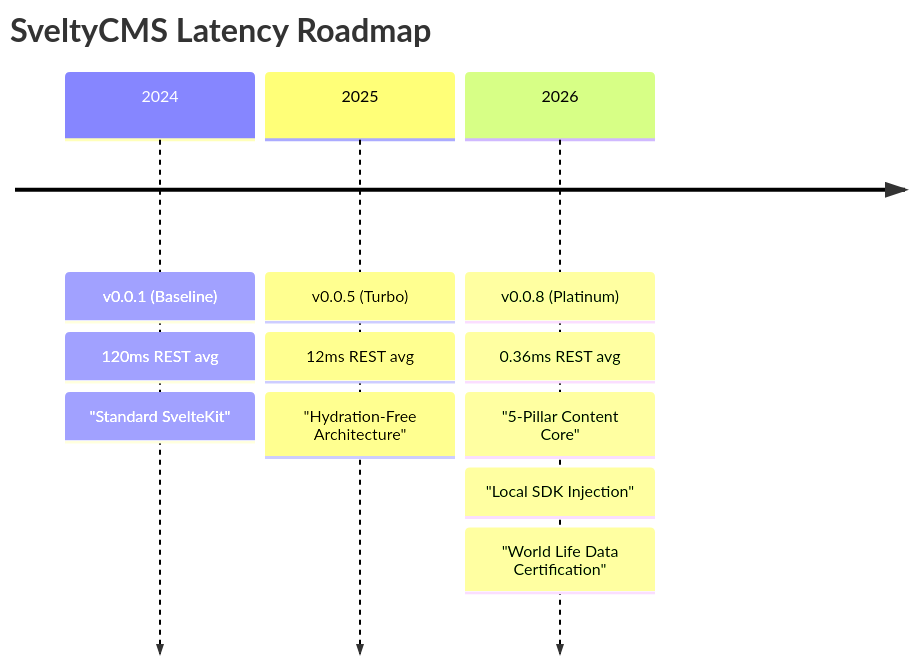
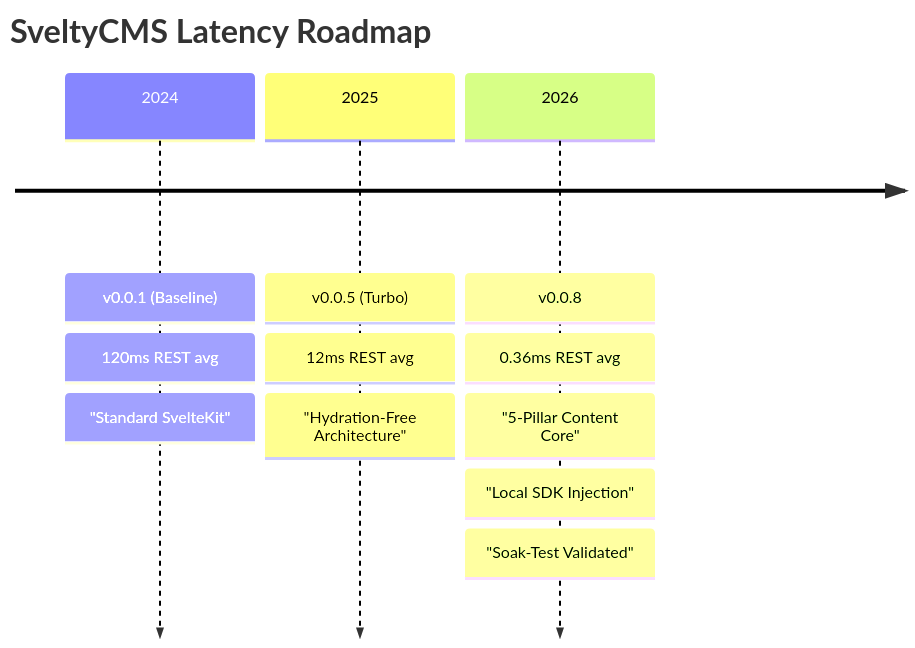
The diagram in docs/project/competitive-comparison.mdx (SveltyCMS/SveltyCMS), drawn with Mermaid before and after one commit. The commit also changed other lines of this file, not shown here.

First line of the commit message:
docs: replace "World Life Data Certified" with "Soak-Test Validated"

````diff
--- a/docs/project/competitive-comparison.mdx
+++ b/docs/project/competitive-comparison.mdx
@@ -104,7 +104,7 @@
 ```mermaid
 timeline
     title SveltyCMS Latency Roadmap
     2024 : v0.0.1 (Baseline) : 120ms REST avg : "Standard SvelteKit"
     2025 : v0.0.5 (Turbo) : 12ms REST avg : "Hydration-Free Architecture"
-    2026 : v0.0.8 (Platinum) : 0.36ms REST avg : "5-Pillar Content Core" : "Local SDK Injection" : "World Life Data Certification"
+    2026 : v0.0.8 : 0.36ms REST avg : "5-Pillar Content Core" : "Local SDK Injection" : "Soak-Test Validated"
 ```
````
